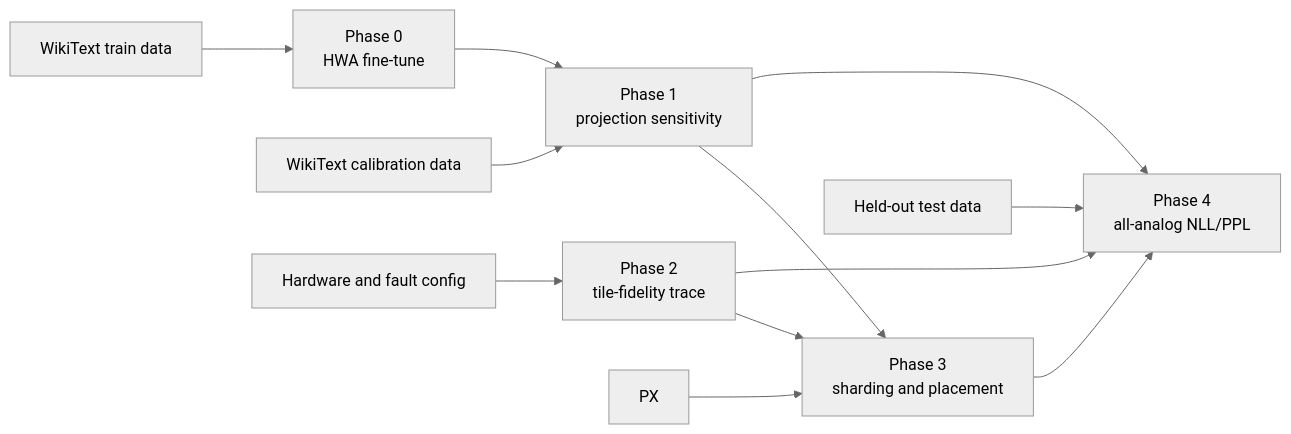
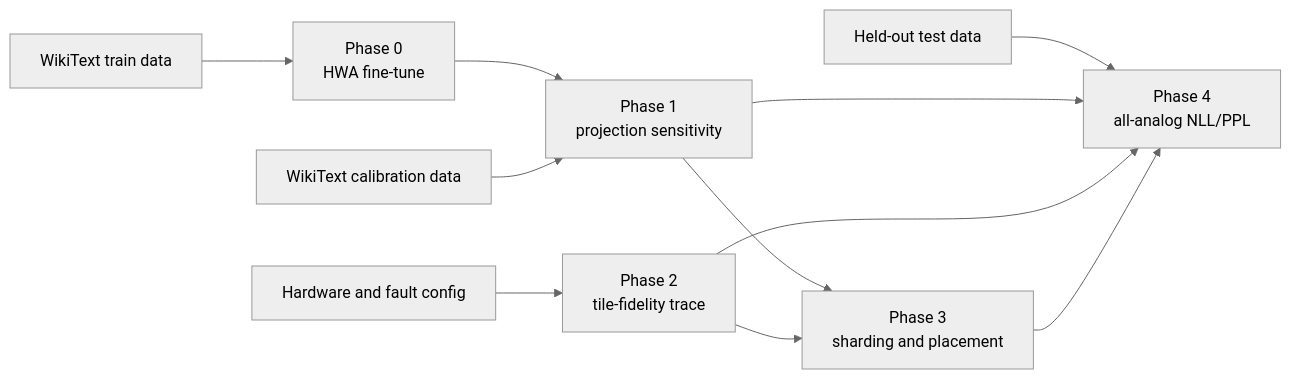
Before and after one commit to williamhwangweiju/projection-sensitivity-mapping: the diagram in README.md, drawn with Mermaid (neutral theme).

Commit message:
Remove orphaned proxy-scores edge from the README pipeline diagram

````diff
--- a/README.md
+++ b/README.md
@@ -20,14 +20,13 @@
 ```mermaid
 flowchart LR
     W[WikiText train data] --> P0[Phase 0<br/>HWA fine-tune]
     P0 --> P1[Phase 1<br/>projection sensitivity]
     C[WikiText calibration data] --> P1
     H[Hardware and fault config] --> P2[Phase 2<br/>tile-fidelity trace]
     P1 --> P3[Phase 3<br/>sharding and placement]
-    PX --> P3
     P2 --> P3
     T[Held-out test data] --> P4[Phase 4<br/>all-analog NLL/PPL]
     P1 --> P4
     P2 --> P4
     P3 --> P4
 ```
````
